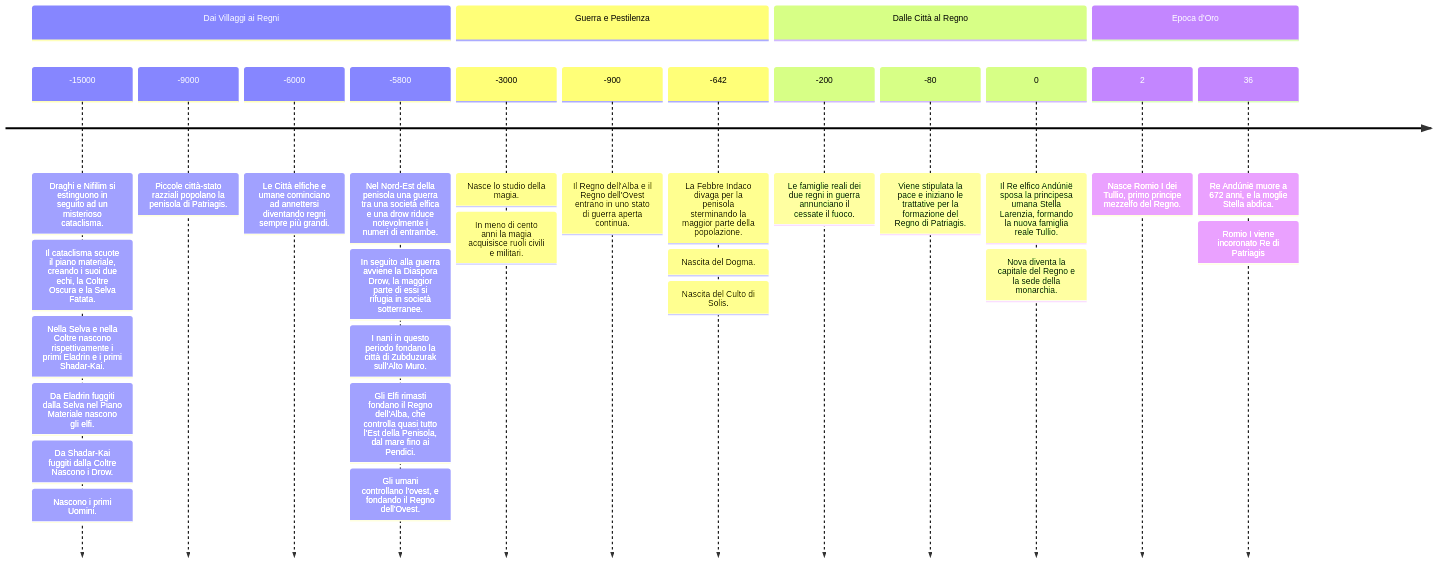
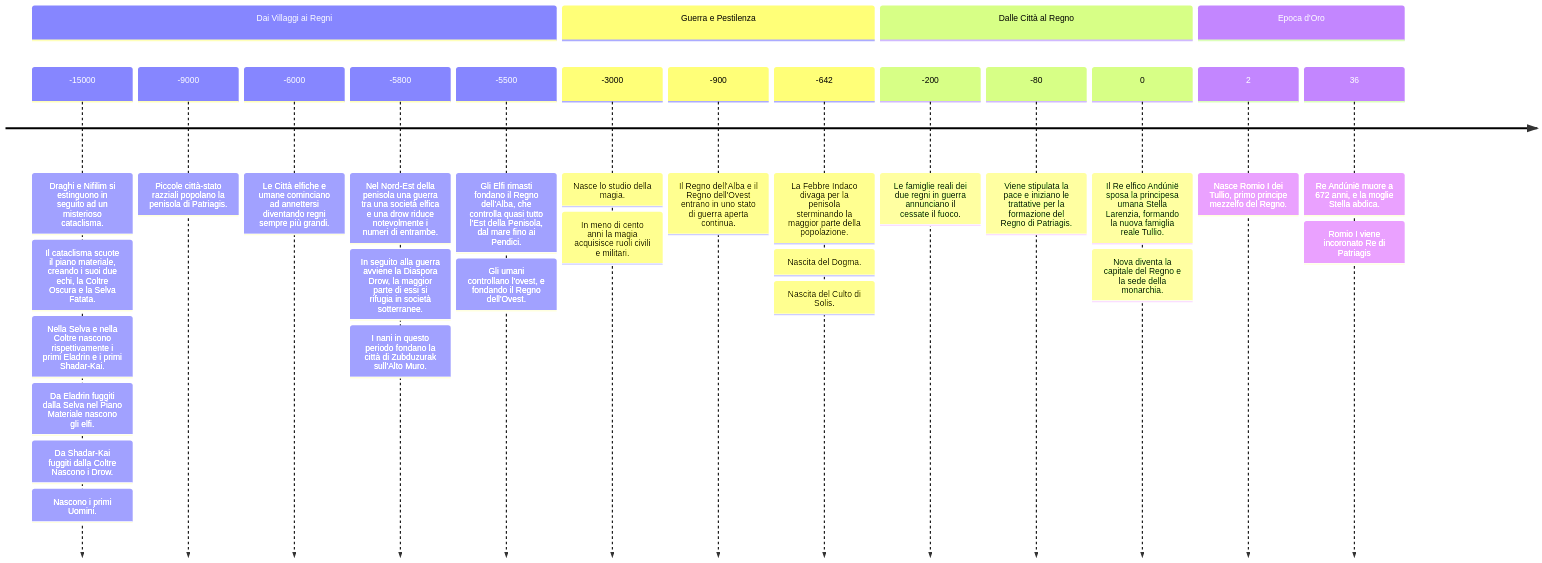
The diagram in content/Storia della Penisola di Patriagis.md (michelepapucci/explore-patriagis), drawn with Mermaid before and after one commit. The commit also changed other lines of this file and 3 other files, not shown here.

````diff
--- a/content/Storia della Penisola di Patriagis.md
+++ b/content/Storia della Penisola di Patriagis.md
@@ -2,35 +2,35 @@
 ```mermaid
 timeline
         title   
         section Dai Villaggi ai Regni
         -15000 : Draghi e Nifilim si estinguono in seguito ad un misterioso cataclisma.
 			    : Il cataclisma scuote il piano materiale, creando i suoi due echi, la Coltre Oscura e la Selva  Fatata.
 				: Nella Selva e nella Coltre nascono rispettivamente i primi Eladrin e i primi Shadar-Kai.
 				: Da Eladrin fuggiti dalla Selva nel Piano Materiale nascono gli elfi.
 				: Da Shadar-Kai fuggiti dalla Coltre Nascono i Drow.
 				: Nascono i primi Uomini. 	
 		-9000: Piccole città-stato razziali popolano la penisola di Patriagis. 
 		-6000: Le Città elfiche e umane cominciano ad annettersi diventando regni sempre più grandi.
 		-5800: Nel Nord-Est della penisola una guerra tra una società elfica e una drow riduce notevolmente i numeri di entrambe.
 			: In seguito alla guerra avviene la Diaspora Drow, la maggior parte di essi si rifugia in società sotterranee. 
 			: I nani in questo periodo fondano la città di Zubduzurak sull'Alto Muro. 
-			: Gli Elfi rimasti fondano il Regno dell'Alba, che controlla quasi tutto l'Est della Penisola, dal mare fino ai Pendici. 
+		-5500: Gli Elfi rimasti fondano il Regno dell'Alba, che controlla quasi tutto l'Est della Penisola, dal mare fino ai Pendici. 
 			: Gli umani controllano l'ovest, e fondando il Regno dell'Ovest.
         section Guerra e Pestilenza
         -3000: Nasce lo studio della magia.
 			: In meno di cento anni la magia acquisisce ruoli civili e militari.
         -900: Il Regno dell'Alba e il Regno dell'Ovest entrano in uno stato di guerra aperta continua.
         -642: La Febbre Indaco divaga per la penisola sterminando la maggior parte della popolazione.
 	        : Nascita del Dogma.
 	        : Nascita del Culto di Solis.
 	    section Dalle Città al Regno
 		-200: Le famiglie reali dei due regni in guerra annunciano il cessate il fuoco.
 		-80: Viene stipulata la pace e iniziano le trattative per la formazione del Regno di Patriagis.
 		0: Il Re elfico Andúnië sposa la principesa umana Stella Larenzia, formando la nuova famiglia reale Tullio. 
 			: Nova diventa la capitale del Regno e la sede della monarchia.
 	    section Epoca d'Oro
 		2: Nasce Romio I dei Tullio, primo principe mezzelfo del Regno.
 		36: Re Andúnië muore a 672 anni, e la moglie Stella abdica. 
 			: Romio I viene incoronato Re di Patriagis
 
 ```
````
